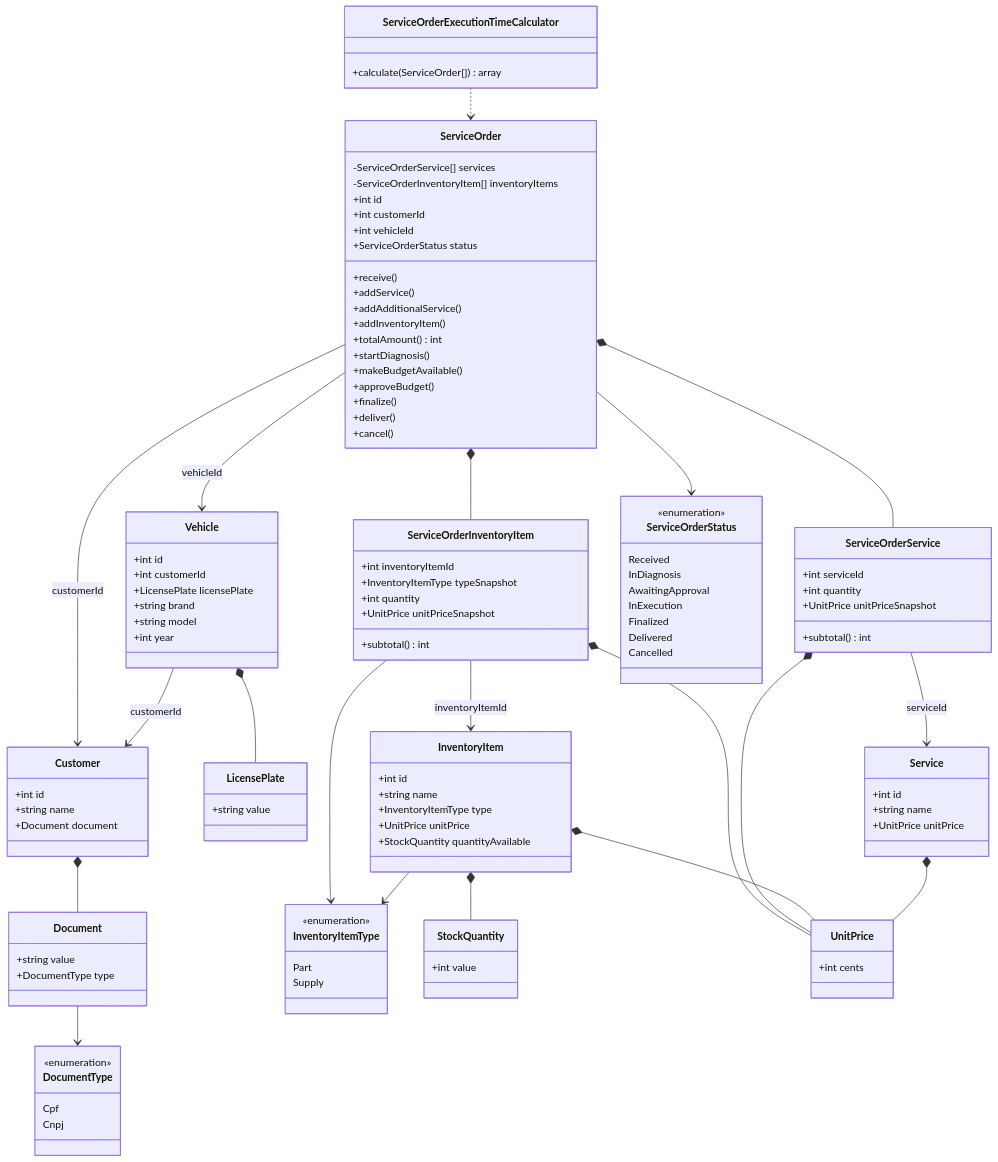
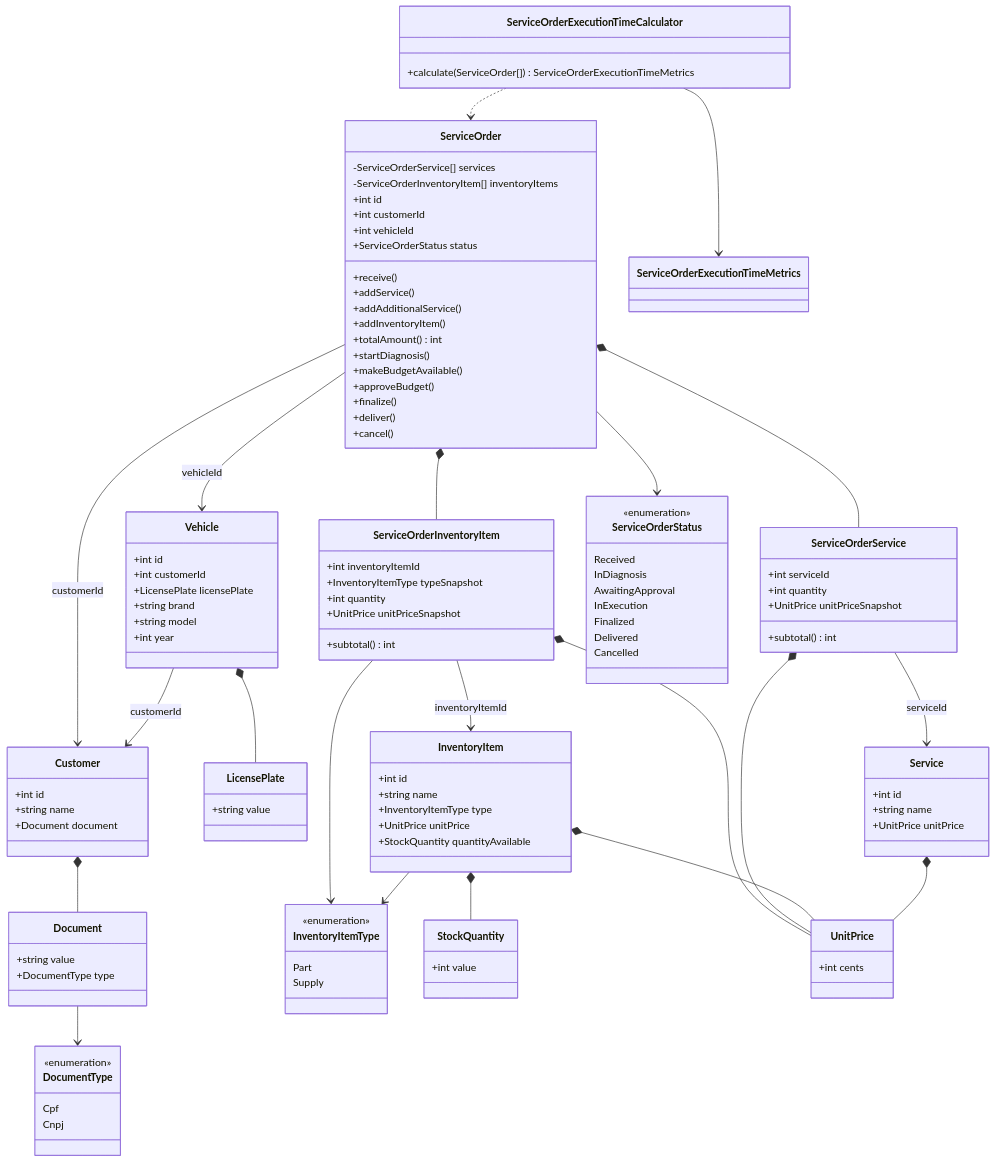
The fourth of 8 diagrams in docs/ddd/diagrams.md (saranbruno/Tech-Challenge-Oficina), drawn with Mermaid before and after one commit. The commit also changed other lines of this file and 55 other files, not shown here.

````diff
--- a/docs/ddd/diagrams.md
+++ b/docs/ddd/diagrams.md
@@ -215,8 +213,9 @@
         Cancelled
     }
     class ServiceOrderExecutionTimeCalculator {
-        +calculate(ServiceOrder[]) array
+        +calculate(ServiceOrder[]) ServiceOrderExecutionTimeMetrics
     }
+    class ServiceOrderExecutionTimeMetrics
 
     Customer *-- Document
     Document --> DocumentType
@@ -237,4 +236,5 @@
     ServiceOrderInventoryItem --> InventoryItemType
     ServiceOrderInventoryItem *-- UnitPrice
     ServiceOrderExecutionTimeCalculator ..> ServiceOrder
+    ServiceOrderExecutionTimeCalculator --> ServiceOrderExecutionTimeMetrics
 ```
````
